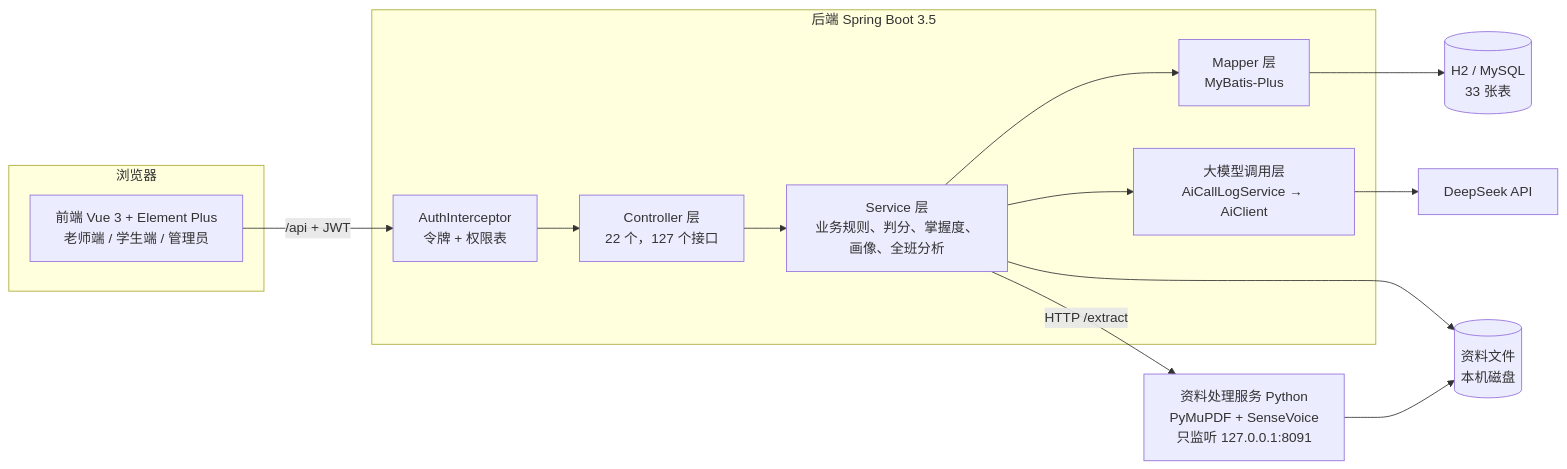
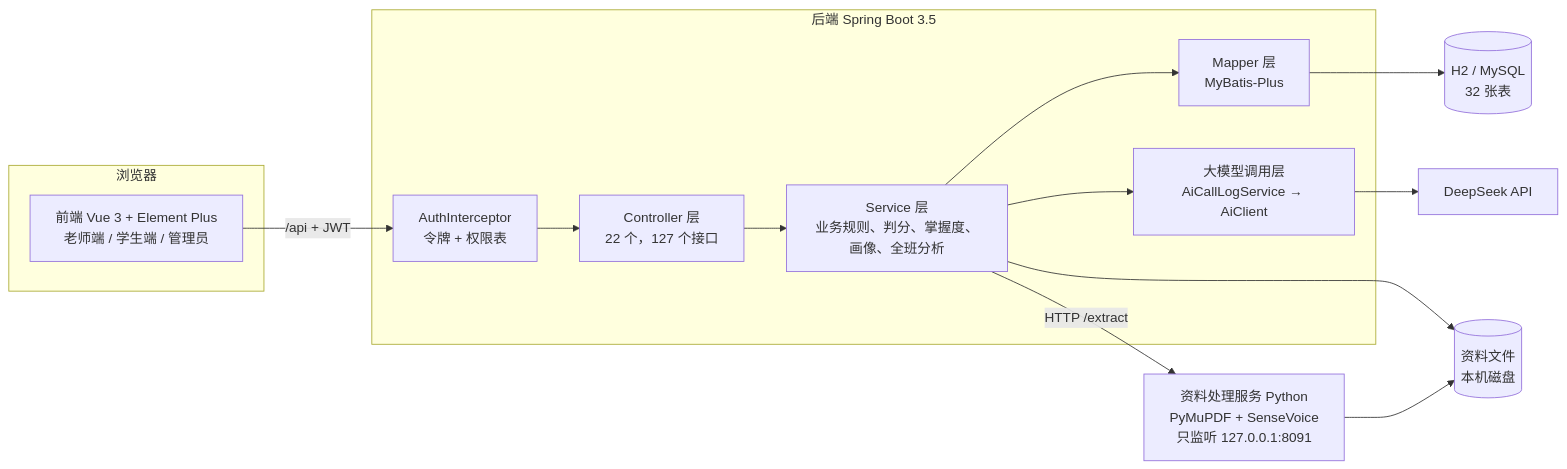
The first of 4 diagrams in docs/提交材料/02-组件设计.md (BRYANSOONZEN/Ai-Agent-Learning-Assistant), drawn with Mermaid before and after one commit. The commit also changed other lines of this file and 25 other files, not shown here.

````diff
--- a/docs/提交材料/02-组件设计.md
+++ b/docs/提交材料/02-组件设计.md
@@ -64,24 +58,24 @@
 ```mermaid
 flowchart LR
     subgraph 浏览器
         FE[前端 Vue 3 + Element Plus<br/>老师端 / 学生端 / 管理员]
     end
     subgraph 后端 Spring Boot 3.5
         IC[AuthInterceptor<br/>令牌 + 权限表]
         C[Controller 层<br/>22 个，127 个接口]
         S[Service 层<br/>业务规则、判分、掌握度、画像、全班分析]
         AI[大模型调用层<br/>AiCallLogService → AiClient]
         M[Mapper 层<br/>MyBatis-Plus]
     end
-    DB[(H2 / MySQL<br/>33 张表)]
+    DB[(H2 / MySQL<br/>32 张表)]
     PY[资料处理服务 Python<br/>PyMuPDF + SenseVoice<br/>只监听 127.0.0.1:8091]
     LLM[DeepSeek API]
     FS[(资料文件<br/>本机磁盘)]
 
     FE -- "/api + JWT" --> IC --> C --> S
     S --> M --> DB
     S --> AI --> LLM
     S -- "HTTP /extract" --> PY
     PY --> FS
     S --> FS
 ```
````
